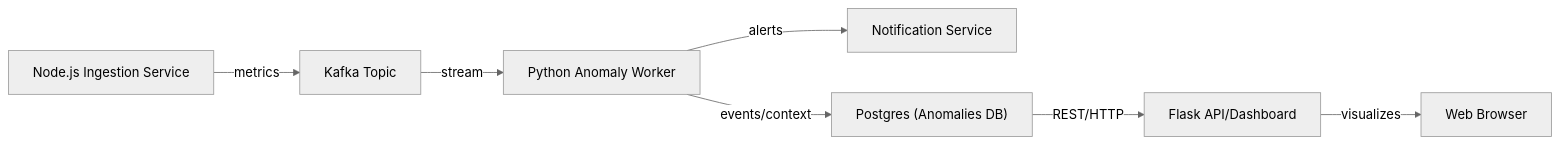
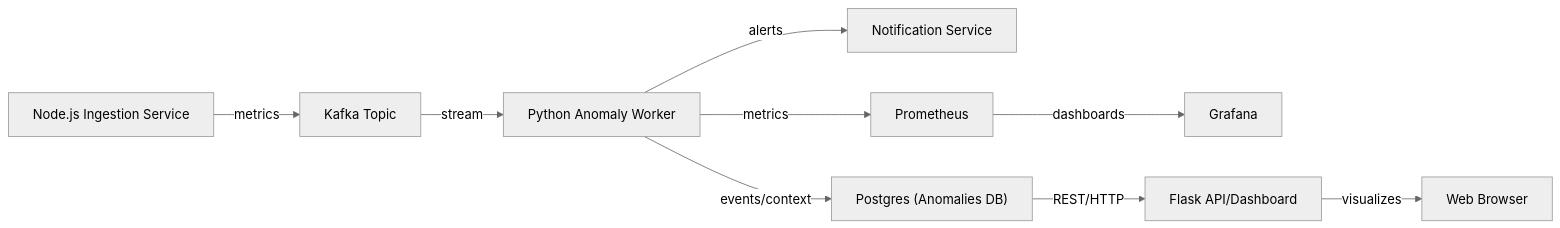
Before and after one commit to yash04yy/anomaly-detection-system: the diagram in README.md, drawn with Mermaid (neutral theme). The commit also changed other lines of this file, not shown here.

Commit message:
Added info on prometheus and grafana in readme

````diff
--- a/README.md
+++ b/README.md
@@ -38,9 +43,11 @@
 ```mermaid
 flowchart LR
     A["Node.js Ingestion Service"] -- metrics --> B["Kafka Topic"]
     B -- stream --> C["Python Anomaly Worker"]
     C -- alerts --> D["Notification Service"]
     C -- events/context --> E["Postgres (Anomalies DB)"]
+    C -- metrics --> H["Prometheus"]
+    H -- dashboards --> I["Grafana"]
     E -- REST/HTTP --> F["Flask API/Dashboard"]
     F -- visualizes --> G["Web Browser"]
 ```
````
